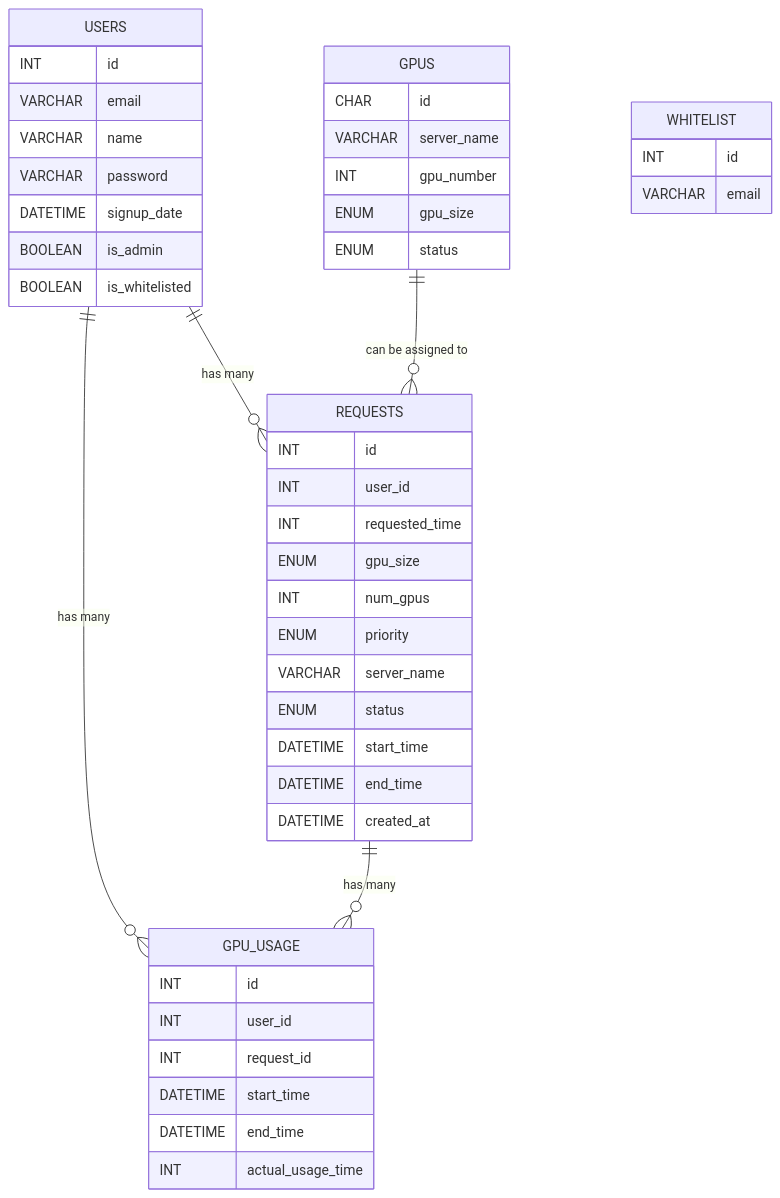
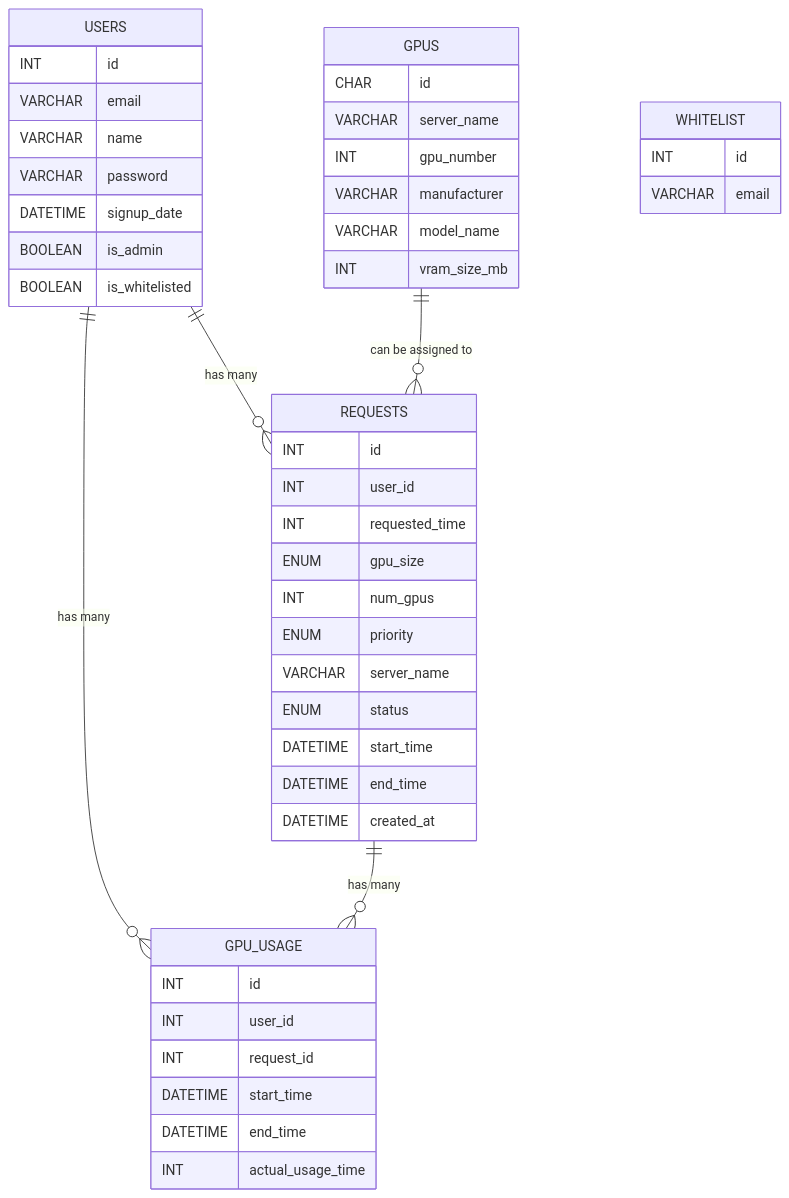
The diagram in db/db.md (eduardo-escoto/Lab_GPU_Scheduler), drawn with Mermaid before and after one commit. The commit also changed other lines of this file and 35 other files, not shown here.

````diff
--- a/db/db.md
+++ b/db/db.md
@@ -8,49 +8,50 @@
 ```mermaid
 erDiagram
     USERS {
         INT id
         VARCHAR email
         VARCHAR name
         VARCHAR password
         DATETIME signup_date
         BOOLEAN is_admin
         BOOLEAN is_whitelisted
     }
     REQUESTS {
         INT id
         INT user_id
         INT requested_time
         ENUM gpu_size
         INT num_gpus
         ENUM priority
         VARCHAR server_name
         ENUM status
         DATETIME start_time
         DATETIME end_time
         DATETIME created_at
     }
     GPUS {
         CHAR id
         VARCHAR server_name
         INT gpu_number
-        ENUM gpu_size
-        ENUM status
+        VARCHAR manufacturer
+        VARCHAR model_name
+        INT vram_size_mb
     }
     GPU_USAGE {
         INT id
         INT user_id
         INT request_id
         DATETIME start_time
         DATETIME end_time
         INT actual_usage_time
     }
     WHITELIST {
         INT id
         VARCHAR email
     }
 
     USERS ||--o{ REQUESTS : "has many"
     USERS ||--o{ GPU_USAGE : "has many"
     REQUESTS ||--o{ GPU_USAGE : "has many"
     GPUS ||--o{ REQUESTS : "can be assigned to"
 ```
````
